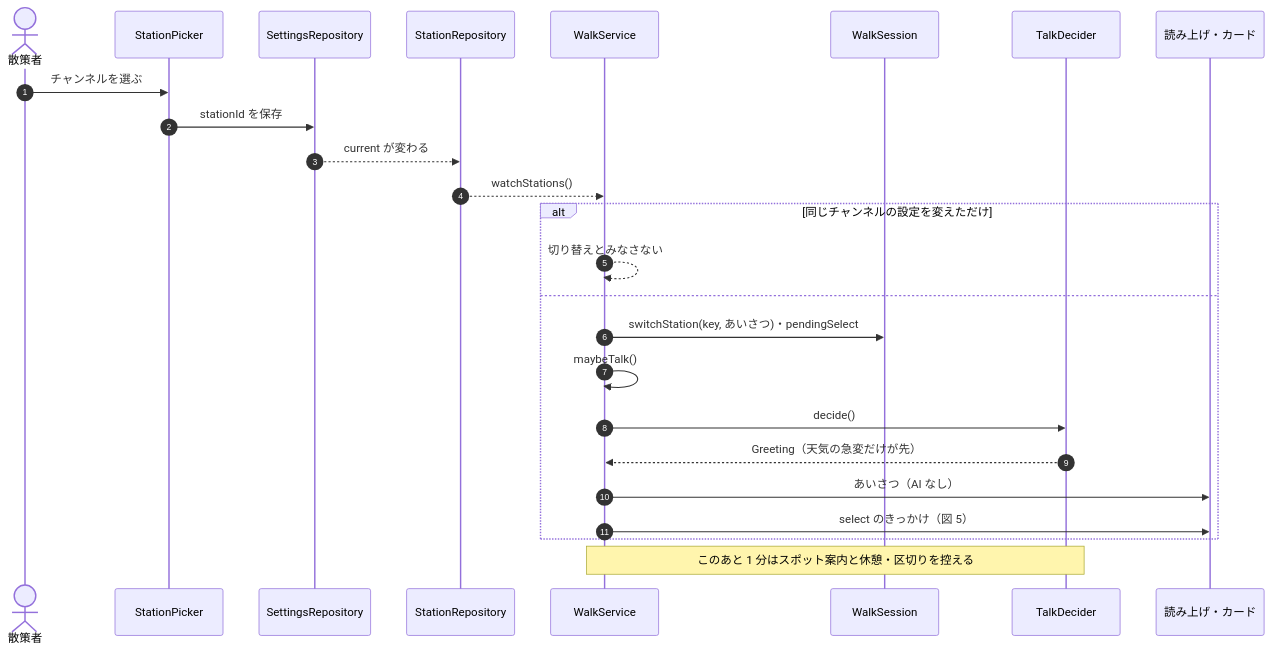
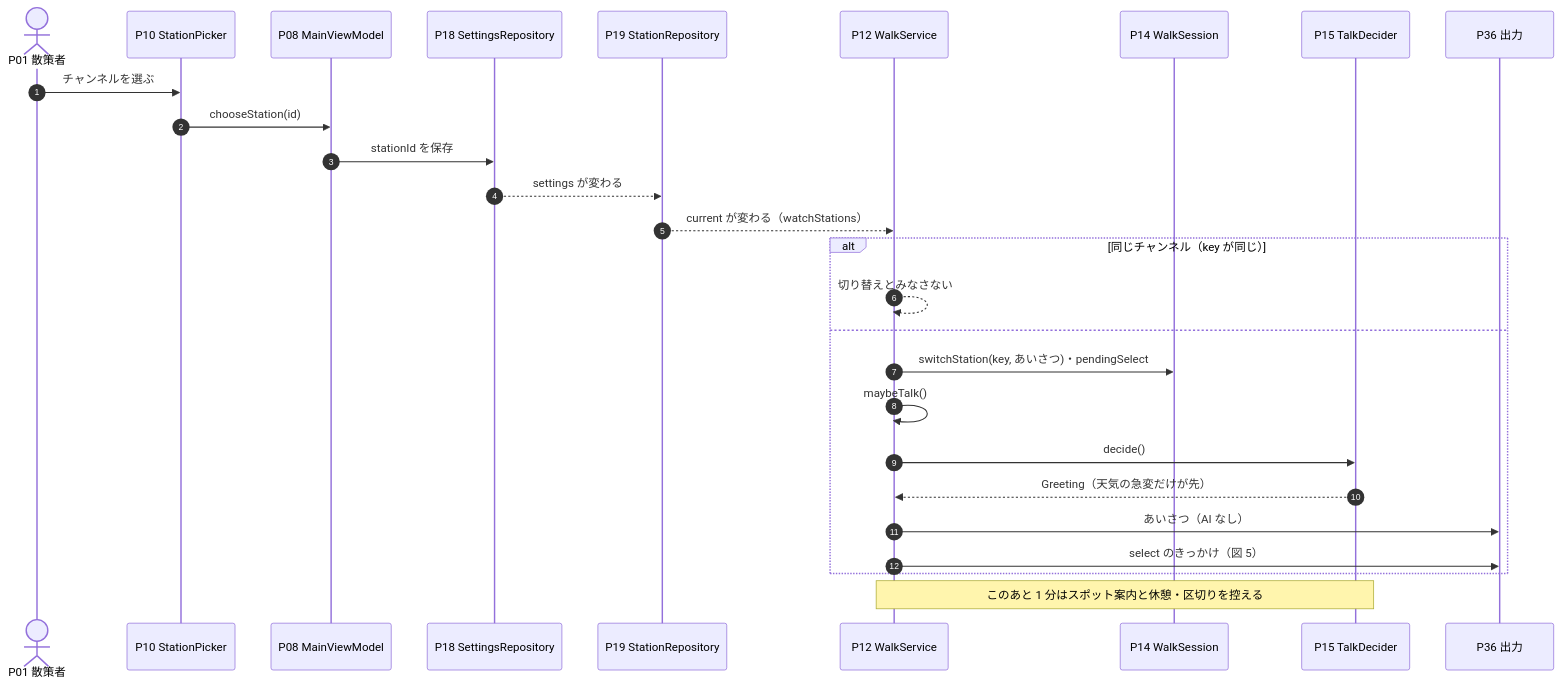
Before and after one commit to duwenji/yorisoi-sanpoguide: the eighth of 9 diagrams in docs/sequences.md, drawn with Mermaid. The commit also changed other lines of this file, not shown here.

First line of the commit message:
docs: detail each step of the sequence diagrams

````diff
--- a/docs/sequences.md
+++ b/docs/sequences.md
@@ -333,28 +544,30 @@
 ```mermaid
 sequenceDiagram
   autonumber
-  actor W as 散策者
-  participant Pick as StationPicker
-  participant Set as SettingsRepository
-  participant Repo as StationRepository
-  participant WS as WalkService
-  participant Sess as WalkSession
-  participant TD as TalkDecider
-  participant Out as 読み上げ・カード
+  actor W as P01 散策者
+  participant Pick as P10 StationPicker
+  participant VM as P08 MainViewModel
+  participant Set as P18 SettingsRepository
+  participant Repo as P19 StationRepository
+  participant WS as P12 WalkService
+  participant Sess as P14 WalkSession
+  participant TD as P15 TalkDecider
+  participant Out as P36 出力
 
   W->>Pick: チャンネルを選ぶ
-  Pick->>Set: stationId を保存
-  Set-->>Repo: current が変わる
-  Repo-->>WS: watchStations()
-  alt 同じチャンネルの設定を変えただけ
+  Pick->>VM: chooseStation(id)
+  VM->>Set: stationId を保存
+  Set-->>Repo: settings が変わる
+  Repo-->>WS: current が変わる（watchStations）
+  alt 同じチャンネル（key が同じ）
     WS-->>WS: 切り替えとみなさない
   else
     WS->>Sess: switchStation(key, あいさつ)・pendingSelect
     WS->>WS: maybeTalk()
     WS->>TD: decide()
     TD-->>WS: Greeting（天気の急変だけが先）
     WS->>Out: あいさつ（AI なし）
     WS->>Out: select のきっかけ（図 5）
   end
   Note over WS,TD: このあと 1 分はスポット案内と休憩・区切りを控える
 ```
````
